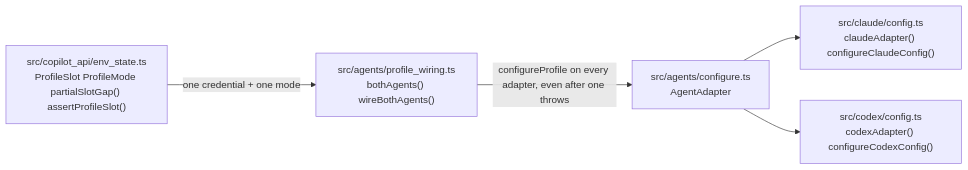
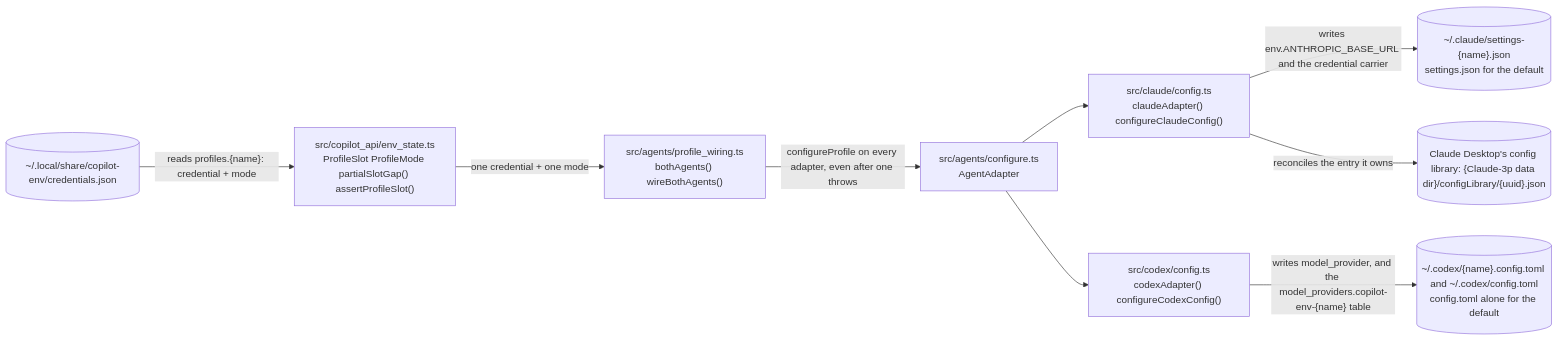
The third of 8 diagrams in docs/architecture.md (Vivswan/copilot-env), drawn with Mermaid before and after one commit. The commit also changed other lines of this file and 7 other files, not shown here.

Commit message:
docs: start every architecture diagram at what it reads and end at what it writes; group the site sidebar

````diff
--- a/docs/architecture.md
+++ b/docs/architecture.md
@@ -58,12 +86,20 @@
 ```mermaid
 flowchart LR
+  credfile[("~/.local/share/copilot-env/credentials.json")]
   slot["src/copilot_api/env_state.ts<br>ProfileSlot ProfileMode partialSlotGap() assertProfileSlot()"]
   wire["src/agents/profile_wiring.ts<br>bothAgents() wireBothAgents()"]
   adapter["src/agents/configure.ts<br>AgentAdapter"]
   claude["src/claude/config.ts<br>claudeAdapter() configureClaudeConfig()"]
   codex["src/codex/config.ts<br>codexAdapter() configureCodexConfig()"]
+  claudefile[("~/.claude/settings-{name}.json<br>settings.json for the default")]
+  desktop[("Claude Desktop's config library: {Claude-3p data dir}/configLibrary/{uuid}.json")]
+  codexfile[("~/.codex/{name}.config.toml and ~/.codex/config.toml<br>config.toml alone for the default")]
+  credfile -->|"reads profiles.{name}: credential + mode"| slot
   slot -->|"one credential + one mode"| wire
   wire -->|"configureProfile on every adapter, even after one throws"| adapter
   adapter --> claude
   adapter --> codex
+  claude -->|"writes env.ANTHROPIC_BASE_URL and the credential carrier"| claudefile
+  claude -->|"reconciles the entry it owns"| desktop
+  codex -->|"writes model_provider, and the model_providers.copilot-env-{name} table"| codexfile
 ```
````
